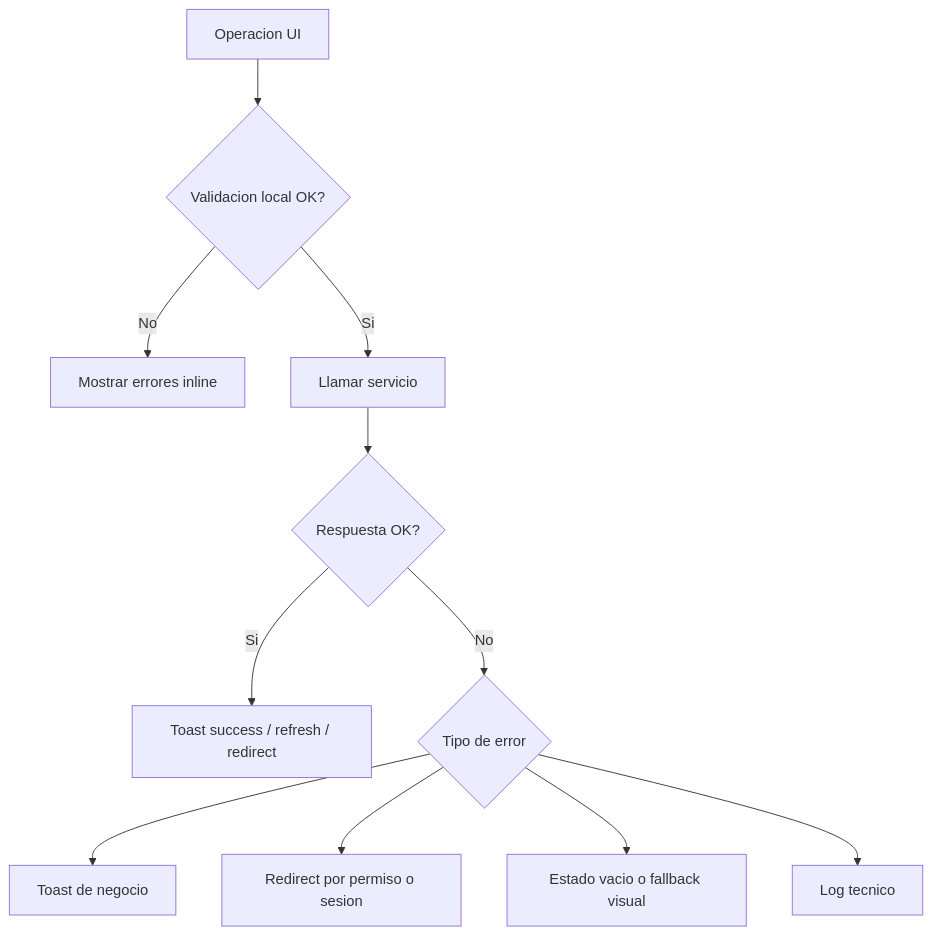
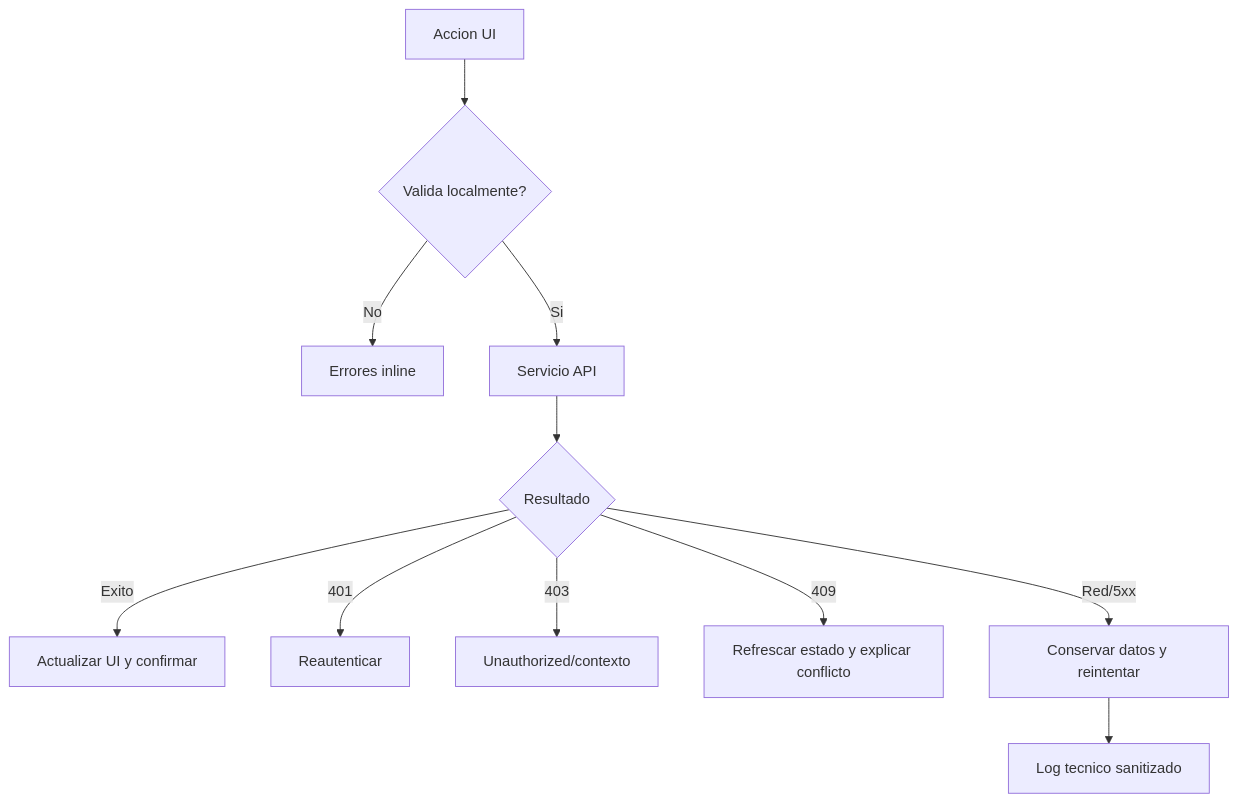
Before and after one commit to luismiguelgs/ciunac-admin-2: the diagram in docs/13-error-handling.md, drawn with Mermaid. The commit also changed other lines of this file and 60 other files, not shown here.

````diff
--- a/docs/13-error-handling.md
+++ b/docs/13-error-handling.md
@@ -56,13 +18,13 @@
 ```mermaid
 flowchart TD
-    A["Operacion UI"] --> B{"Validacion local OK?"}
-    B -- No --> C["Mostrar errores inline"]
-    B -- Si --> D["Llamar servicio"]
-    D --> E{"Respuesta OK?"}
-    E -- Si --> F["Toast success / refresh / redirect"]
-    E -- No --> G{"Tipo de error"}
-    G --> H["Toast de negocio"]
-    G --> I["Redirect por permiso o sesion"]
-    G --> J["Estado vacio o fallback visual"]
-    G --> K["Log tecnico"]
+    A["Accion UI"] --> B{"Valida localmente?"}
+    B -->|No| C["Errores inline"]
+    B -->|Si| D["Servicio API"]
+    D --> E{"Resultado"}
+    E -->|Exito| F["Actualizar UI y confirmar"]
+    E -->|401| G["Reautenticar"]
+    E -->|403| H["Unauthorized/contexto"]
+    E -->|409| I["Refrescar estado y explicar conflicto"]
+    E -->|Red/5xx| J["Conservar datos y reintentar"]
+    J --> K["Log tecnico sanitizado"]
 ```
````
